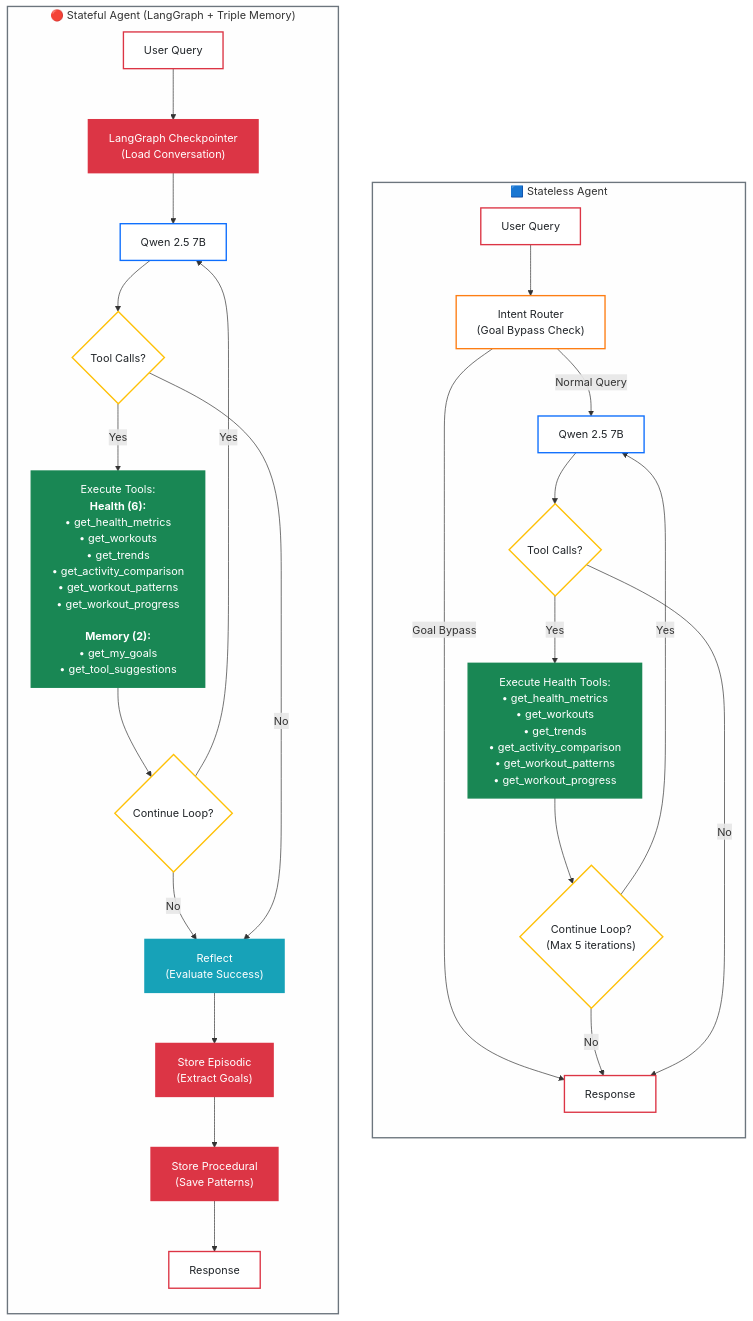
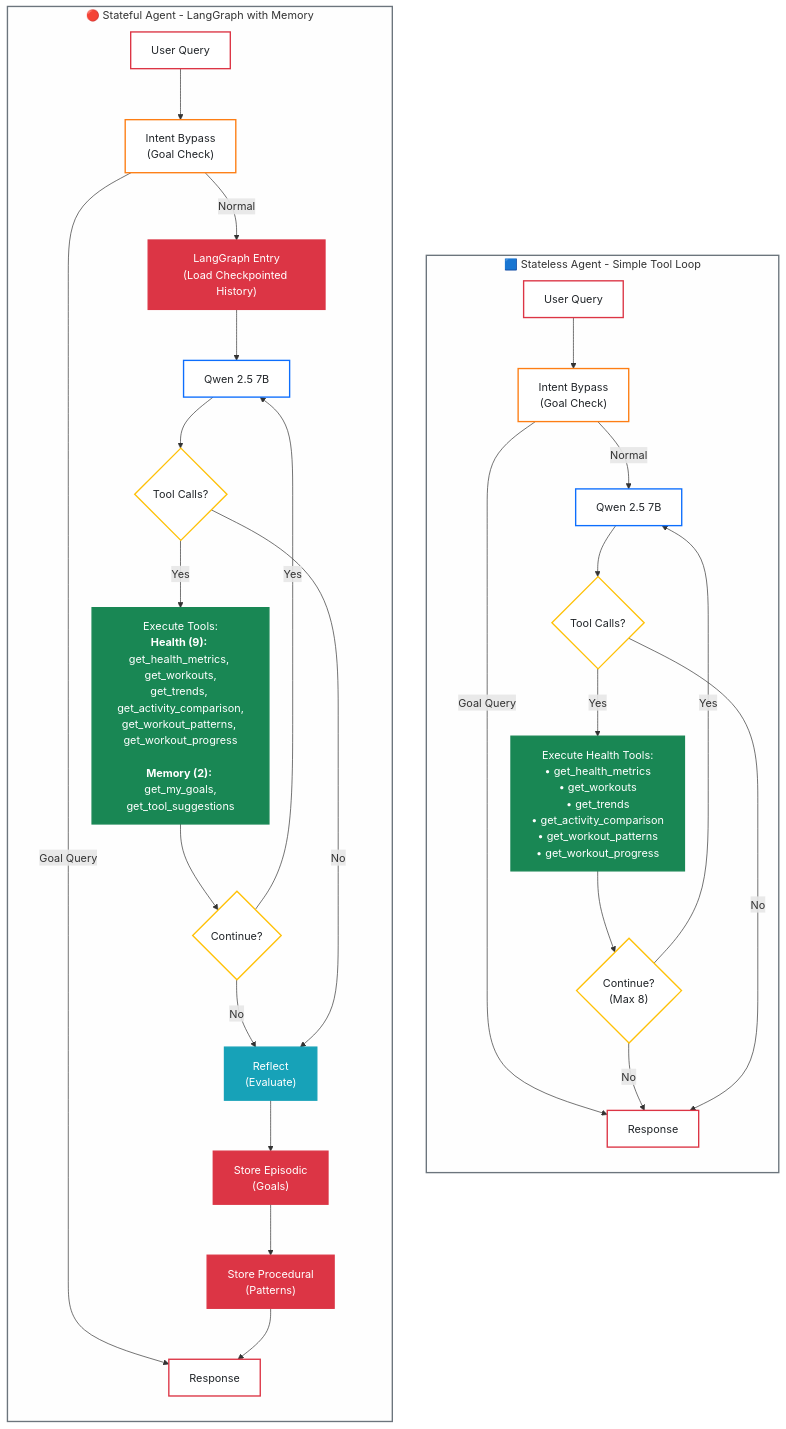
Before and after one commit to AllieRays/redis-wellness: the diagram in README.md, drawn with Mermaid. The commit also changed other lines of this file and 22 other files, not shown here.

Commit message:
Demo lifeboat: All working changes including stateful agent fix and tool improvements

````diff
--- a/README.md
+++ b/README.md
@@ -60,61 +83,64 @@
 ```mermaid
 flowchart TB
-    subgraph stateless["🟦 Stateless Agent"]
+    subgraph stateless["🟦 Stateless Agent - Simple Tool Loop"]
         direction TB
         S1["User Query"]:::start
-        S2["Intent Router<br/>(Goal Bypass Check)"]:::router
+        S2["Intent Bypass<br/>(Goal Check)"]:::router
         S3["Qwen 2.5 7B"]:::llm
         S4{"Tool Calls?"}:::decision
         S5["Execute Health Tools:<br/>• get_health_metrics<br/>• get_workouts<br/>• get_trends<br/>• get_activity_comparison<br/>• get_workout_patterns<br/>• get_workout_progress"]:::tool
-        S6{"Continue Loop?<br/>(Max 5 iterations)"}:::decision
+        S6{"Continue?<br/>(Max 8)"}:::decision
         S7["Response"]:::response
 
         S1 --> S2
-        S2 -->|"Normal Query"| S3
-        S2 -->|"Goal Bypass"| S7
+        S2 -->|"Goal Query"| S7
+        S2 -->|"Normal"| S3
         S3 --> S4
         S4 -->|Yes| S5
         S5 --> S6
         S6 -->|Yes| S3
         S6 -->|No| S7
         S4 -->|No| S7
     end
 
-    subgraph stateful["🔴 Stateful Agent (LangGraph + Triple Memory)"]
+    subgraph stateful["🔴 Stateful Agent - LangGraph with Memory"]
         direction TB
         T1["User Query"]:::start
-        T2["LangGraph Checkpointer<br/>(Load Conversation)"]:::memory
-        T3["Qwen 2.5 7B"]:::llm
-        T4{"Tool Calls?"}:::decision
-        T5["Execute Tools:<br/><b>Health (6):</b><br/>• get_health_metrics<br/>• get_workouts<br/>• get_trends<br/>• get_activity_comparison<br/>• get_workout_patterns<br/>• get_workout_progress<br/><br/><b>Memory (2):</b><br/>• get_my_goals<br/>• get_tool_suggestions"]:::tool
-        T6{"Continue Loop?"}:::decision
-        T7["Reflect<br/>(Evaluate Success)"]:::reflect
-        T8["Store Episodic<br/>(Extract Goals)"]:::memory
-        T9["Store Procedural<br/>(Save Patterns)"]:::memory
-        T10["Response"]:::response
+        T2["Intent Bypass<br/>(Goal Check)"]:::router
+        T3["LangGraph Entry<br/>(Load Checkpointed History)"]:::memory
+        T4["Qwen 2.5 7B"]:::llm
+        T5{"Tool Calls?"}:::decision
+        T6["Execute Tools:<br/><b>Health (9):</b> get_health_metrics, get_workouts,<br/>get_trends, get_activity_comparison,<br/>get_workout_patterns, get_workout_progress<br/><br/><b>Memory (2):</b> get_my_goals,<br/>get_tool_suggestions"]:::tool
+        T7{"Continue?"}:::decision
+        T8["Reflect<br/>(Evaluate)"]:::reflect
+        T9["Store Episodic<br/>(Goals)"]:::memory
+        T10["Store Procedural<br/>(Patterns)"]:::memory
+        T11["Response"]:::response
 
         T1 --> T2
-        T2 --> T3
+        T2 -->|"Goal Query"| T11
+        T2 -->|"Normal"| T3
         T3 --> T4
-        T4 -->|Yes| T5
-        T5 --> T6
-        T6 -->|Yes| T3
-        T6 -->|No| T7
-        T4 -->|No| T7
-        T7 --> T8
+        T4 --> T5
+        T5 -->|Yes| T6
+        T6 --> T7
+        T7 -->|Yes| T4
+        T7 -->|No| T8
+        T5 -->|No| T8
         T8 --> T9
         T9 --> T10
+        T10 --> T11
     end
 
     classDef start fill:#fff,stroke:#dc3545,stroke-width:2px,color:#212529
     classDef router fill:#fff,stroke:#fd7e14,stroke-width:2px,color:#212529
     classDef llm fill:#fff,stroke:#0d6efd,stroke-width:2px,color:#212529
     classDef decision fill:#fff,stroke:#ffc107,stroke-width:2px,color:#212529
     classDef tool fill:#198754,stroke:#198754,stroke-width:2px,color:#fff
     classDef memory fill:#dc3545,stroke:#dc3545,stroke-width:2px,color:#fff
     classDef reflect fill:#17a2b8,stroke:#17a2b8,stroke-width:2px,color:#fff
     classDef response fill:#fff,stroke:#dc3545,stroke-width:2px,color:#212529
 
     style stateless fill:#fefefe,stroke:#6c757d,stroke-width:2px
     style stateful fill:#fefefe,stroke:#6c757d,stroke-width:2px
 ```
````
